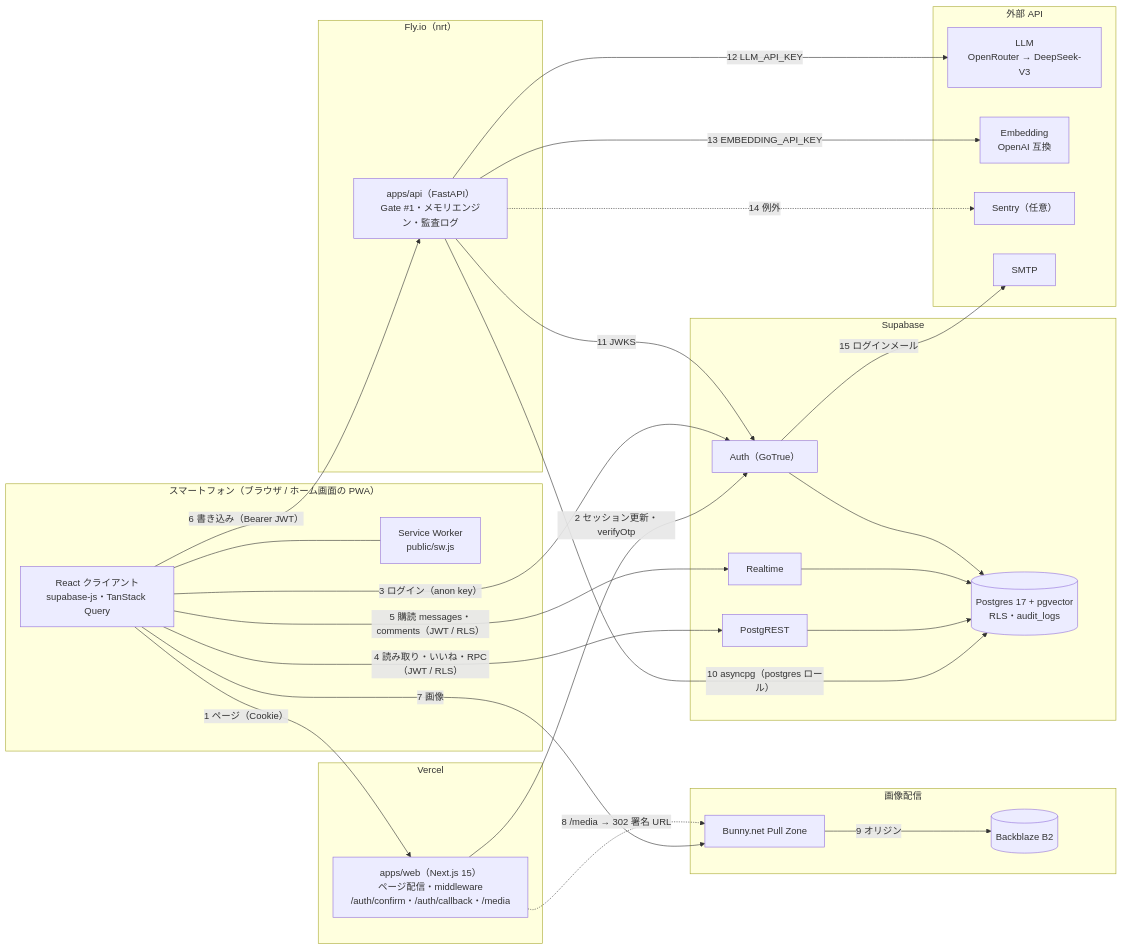
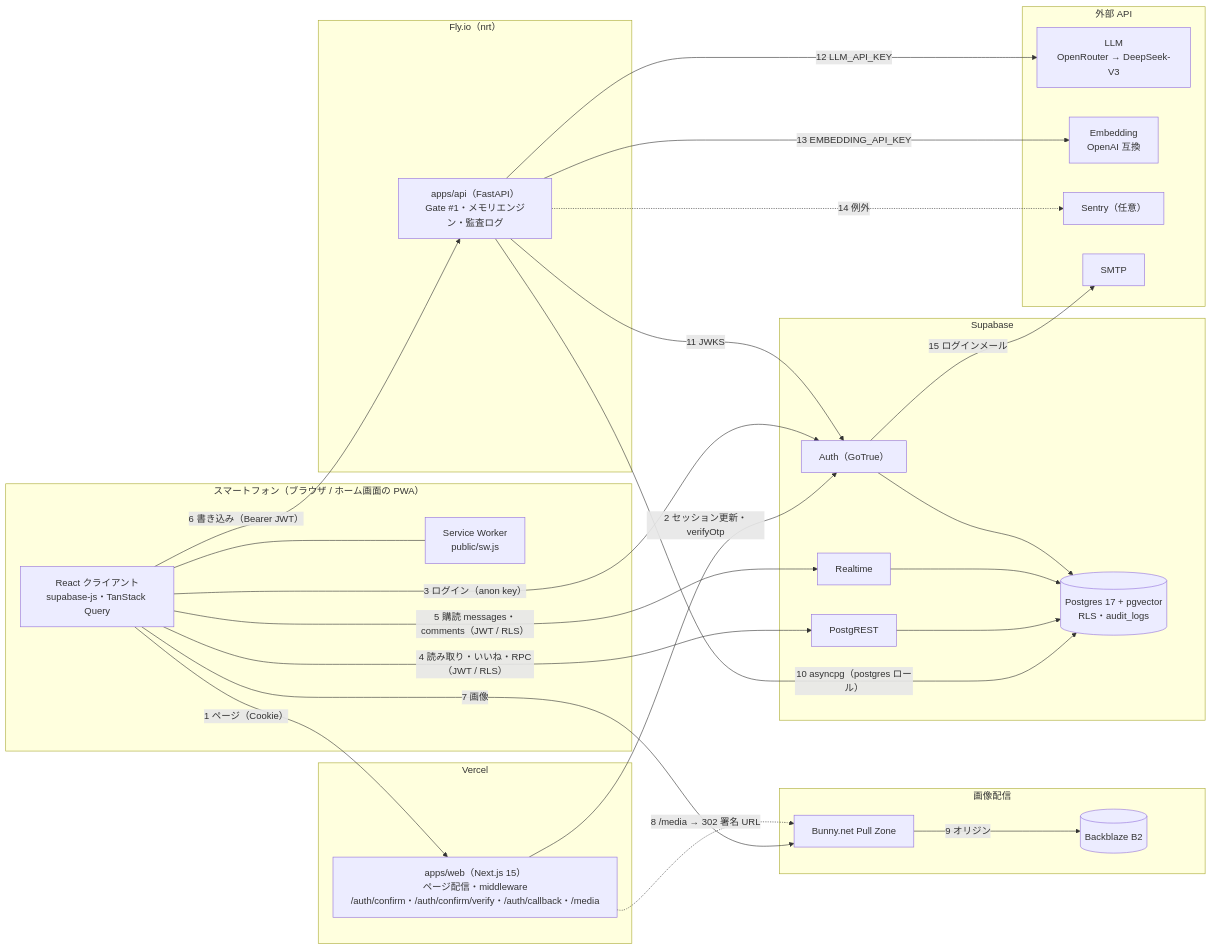
One commit to tasuku-kobayashi/everkano changed the diagram in docs/handover/01-architecture.md. Above: the diagram before and after it, drawn with Mermaid. The commit also changed other lines of this file and 91 other files, not shown here.

````diff
--- a/docs/handover/01-architecture.md
+++ b/docs/handover/01-architecture.md
@@ -9,54 +9,54 @@
 ```mermaid
 flowchart LR
   subgraph Phone["スマートフォン（ブラウザ / ホーム画面の PWA）"]
     UI["React クライアント<br/>supabase-js・TanStack Query"]
     SW["Service Worker<br/>public/sw.js"]
   end
 
   subgraph Vercel["Vercel"]
-    NEXT["apps/web（Next.js 15）<br/>ページ配信・middleware<br/>/auth/confirm・/auth/callback・/media"]
+    NEXT["apps/web（Next.js 15）<br/>ページ配信・middleware<br/>/auth/confirm・/auth/confirm/verify・/auth/callback・/media"]
   end
 
   subgraph Fly["Fly.io（nrt）"]
     API["apps/api（FastAPI）<br/>Gate #1・メモリエンジン・監査ログ"]
   end
 
   subgraph Supa["Supabase"]
     AUTH["Auth（GoTrue）"]
     REST["PostgREST"]
     RT["Realtime"]
     PG[("Postgres 17 + pgvector<br/>RLS・audit_logs")]
   end
 
   subgraph Media["画像配信"]
     CDN["Bunny.net Pull Zone"]
     B2[("Backblaze B2")]
   end
 
   subgraph Ext["外部 API"]
     LLM["LLM<br/>OpenRouter → DeepSeek-V3"]
     EMB["Embedding<br/>OpenAI 互換"]
     SENTRY["Sentry（任意）"]
     SMTP["SMTP"]
   end
 
   UI --- SW
   UI -- "1 ページ（Cookie）" --> NEXT
   NEXT -- "2 セッション更新・verifyOtp" --> AUTH
   UI -- "3 ログイン（anon key）" --> AUTH
   UI -- "4 読み取り・いいね・RPC（JWT / RLS）" --> REST
   UI -- "5 購読 messages・comments（JWT / RLS）" --> RT
   UI -- "6 書き込み（Bearer JWT）" --> API
   UI -- "7 画像" --> CDN
   NEXT -. "8 /media → 302 署名 URL" .-> CDN
   CDN -- "9 オリジン" --> B2
   API -- "10 asyncpg（postgres ロール）" --> PG
   API -- "11 JWKS" --> AUTH
   API -- "12 LLM_API_KEY" --> LLM
   API -- "13 EMBEDDING_API_KEY" --> EMB
   API -. "14 例外" .-> SENTRY
   AUTH -- "15 ログインメール" --> SMTP
   REST --> PG
   RT --> PG
   AUTH --> PG
 ```
````
